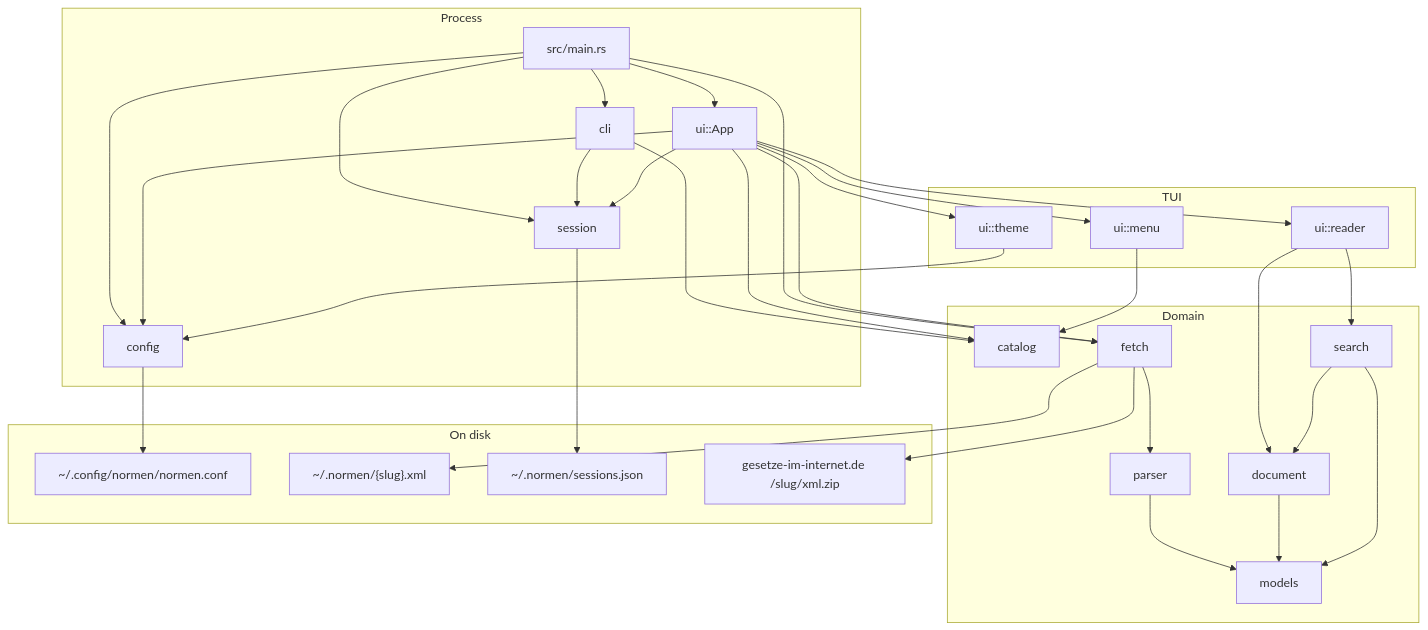
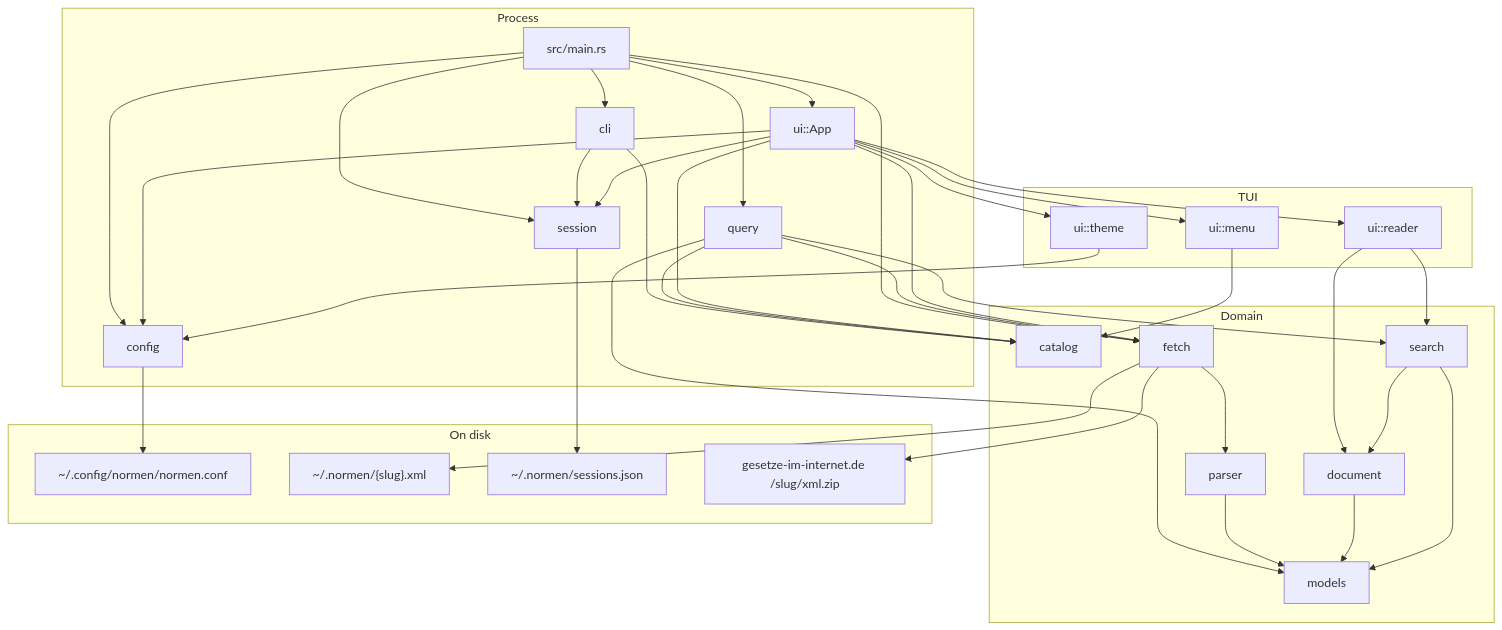
One commit to mglasder/normen changed the first of 5 diagrams in docs/architecture.md. Above: the diagram before and after it, drawn with Mermaid. The commit also changed other lines of this file and 1 other file, not shown here.

Commit message:
Document the JSON print CLI in the README and architecture notes.

````diff
--- a/docs/architecture.md
+++ b/docs/architecture.md
@@ -11,62 +12,68 @@
 ```mermaid
 flowchart TB
     subgraph process [Process]
         MAIN["src/main.rs"]
         CLI["cli"]
+        QUERY["query"]
         CFG["config"]
         STORE["session"]
         APP["ui::App"]
     end
 
     subgraph domain [Domain]
         CAT["catalog"]
         FETCH["fetch"]
         PARSE["parser"]
         MODEL["models"]
         DOC["document"]
         SRCH["search"]
     end
 
     subgraph tui [TUI]
         MENU["ui::menu"]
         READ["ui::reader"]
         THEME["ui::theme"]
     end
 
     subgraph disk [On disk]
         CONF["~/.config/normen/normen.conf"]
         CACHE["~/.normen/{slug}.xml"]
         SESS["~/.normen/sessions.json"]
         GII["gesetze-im-internet.de /slug/xml.zip"]
     end
 
     MAIN --> CLI
+    MAIN --> QUERY
     MAIN --> CFG
     MAIN --> STORE
     MAIN --> APP
     MAIN --> FETCH
 
     CLI --> CAT
     CLI --> STORE
+    QUERY --> CAT
+    QUERY --> FETCH
+    QUERY --> SRCH
+    QUERY --> MODEL
     CFG --> CONF
     STORE --> SESS
     APP --> CFG
     APP --> STORE
     APP --> CAT
     APP --> FETCH
     APP --> MENU
     APP --> READ
     APP --> THEME
 
     FETCH --> GII
     FETCH --> CACHE
     FETCH --> PARSE
     PARSE --> MODEL
     READ --> DOC
     READ --> SRCH
     DOC --> MODEL
     SRCH --> MODEL
     SRCH --> DOC
     MENU --> CAT
     THEME --> CFG
 ```
````
